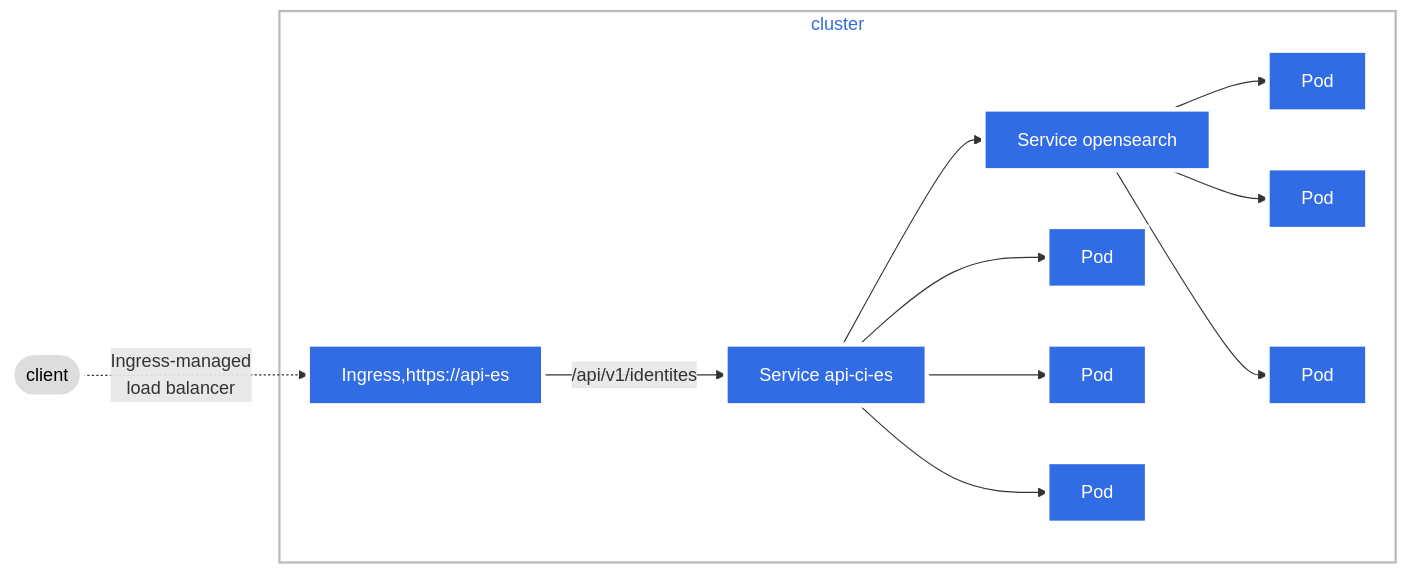
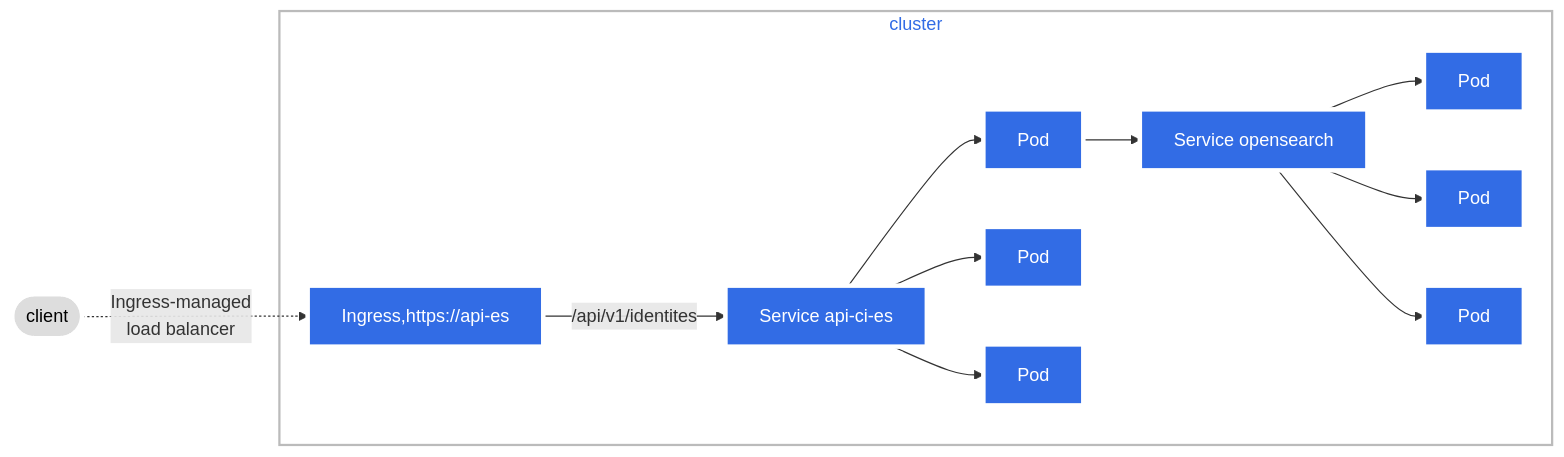
Before and after one commit to mogador26/architecture-decisions-record: the third of 3 diagrams in docs/decisions/database/ADR-002-TCNP.md, drawn with Mermaid.

```diff
--- a/docs/decisions/database/ADR-002-TCNP.md
+++ b/docs/decisions/database/ADR-002-TCNP.md
@@ -88,23 +88,23 @@
 <pre class="mermaid">
 graph LR;
   client([client])-. Ingress-managed <br> load balancer .->ingress_es[Ingress,https://api-es];
   ingress_es -->|/api/v1/identites|service4[Service api-ci-es];
-  service4-->service3[Service opensearch]
   subgraph cluster
   ingress_es;
   service3-->pod4[Pod];
   service3-->pod5[Pod];
   service3-->pod6[Pod];
   service4-->pod9[Pod];
   service4-->pod10[Pod];
   service4-->pod11[Pod];
+  pod9-->service3[Service opensearch]
   end
   
   classDef plain fill:#ddd,stroke:#fff,stroke-width:4px,color:#000;
   classDef k8s fill:#326ce5,stroke:#fff,stroke-width:4px,color:#fff;
   classDef cluster fill:#fff,stroke:#bbb,stroke-width:2px,color:#326ce5;
   class ingress_es,ingress_opensearch,service3,service4,pod4,pod5,pod6,pod7,pod8,pod9,pod10,pod11 k8s;
   class client plain;
   class cluster cluster;
 
 </pre>
```
